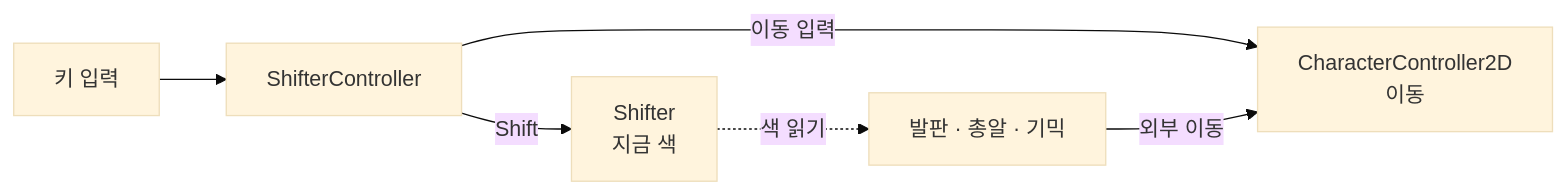
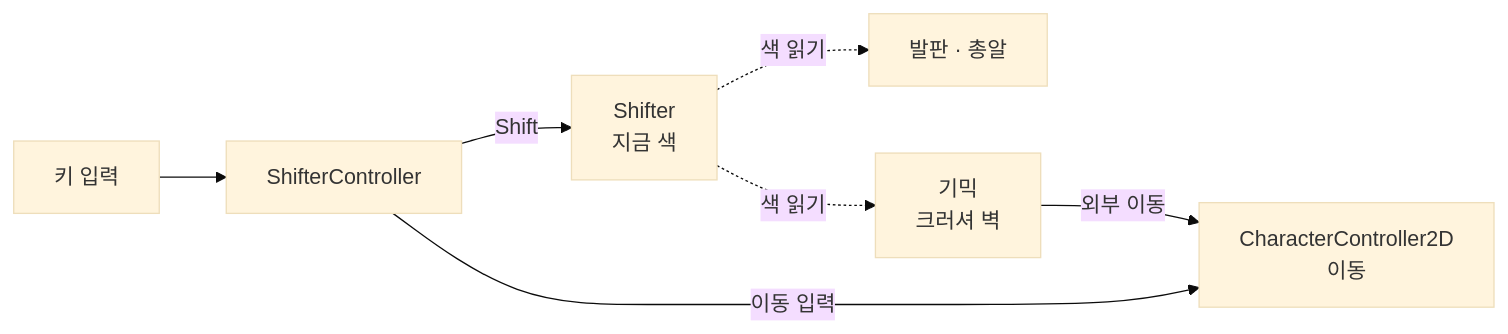
The second of 6 diagrams in src/Shifter/Shifter_기술문서.md (rlawlsdn77/portfolio), drawn with Mermaid (base theme) before and after one commit. The commit also changed other lines of this file and 2 other files, not shown here.

````diff
--- a/src/Shifter/Shifter_기술문서.md
+++ b/src/Shifter/Shifter_기술문서.md
@@ -84,8 +84,9 @@
 ```mermaid
 flowchart LR
     IN["키 입력"] --> PC["ShifterController"]
     PC -->|"Shift"| SH["Shifter<br/>지금 색"]
     PC -->|"이동 입력"| CC["CharacterController2D<br/>이동"]
-    SH -.->|"색 읽기"| W["발판 · 총알 · 기믹"]
-    W -->|"외부 이동"| CC
+    SH -.->|"색 읽기"| PF["발판 · 총알"]
+    SH -.->|"색 읽기"| GM["기믹<br/>크러셔 벽"]
+    GM -->|"외부 이동"| CC
 ```
````
